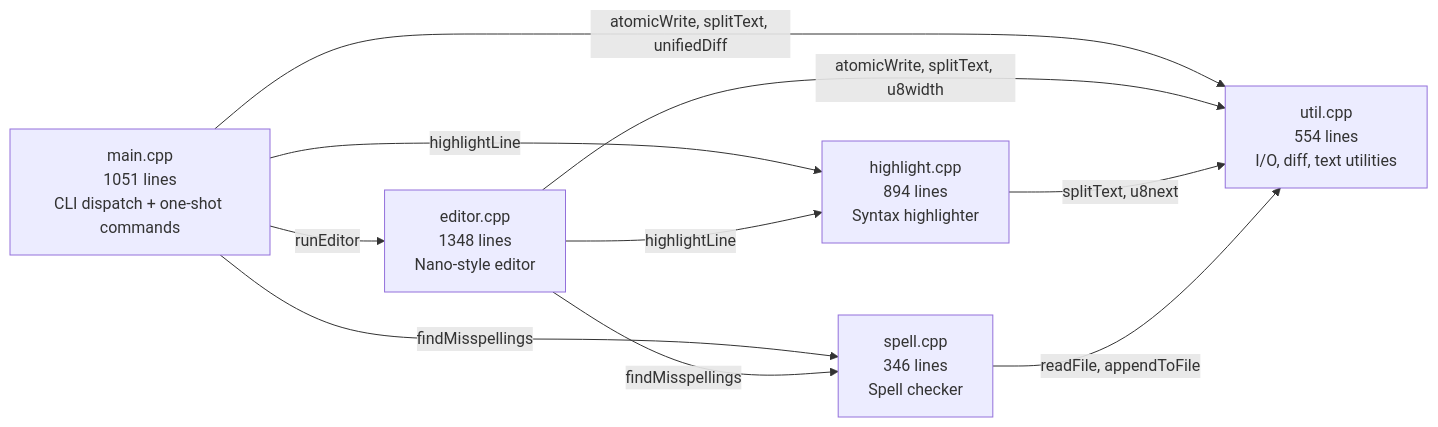
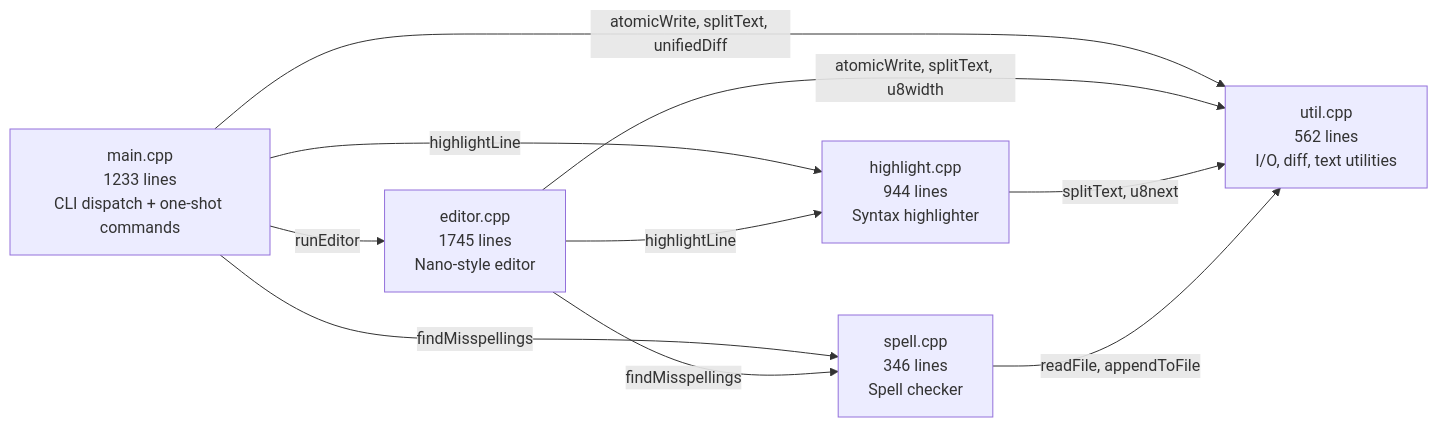
Before and after one commit to rahlquist/hed: the second of 12 diagrams in docs/ARCHITECTURE.md, drawn with Mermaid. The commit also changed other lines of this file and 4 other files, not shown here.

````diff
--- a/docs/ARCHITECTURE.md
+++ b/docs/ARCHITECTURE.md
@@ -76,20 +81,20 @@
 ```mermaid
 flowchart LR
-    main["main.cpp<br/>1051 lines<br/>CLI dispatch + one-shot commands"]
-    editor["editor.cpp<br/>1348 lines<br/>Nano-style editor"]
-    highlight["highlight.cpp<br/>894 lines<br/>Syntax highlighter"]
+    main["main.cpp<br/>1233 lines<br/>CLI dispatch + one-shot commands"]
+    editor["editor.cpp<br/>1745 lines<br/>Nano-style editor"]
+    highlight["highlight.cpp<br/>944 lines<br/>Syntax highlighter"]
     spell["spell.cpp<br/>346 lines<br/>Spell checker"]
-    util["util.cpp<br/>554 lines<br/>I/O, diff, text utilities"]
+    util["util.cpp<br/>562 lines<br/>I/O, diff, text utilities"]
 
     main -->|runEditor| editor
     main -->|highlightLine| highlight
     main -->|findMisspellings| spell
     main -->|atomicWrite, splitText, unifiedDiff| util
 
     editor -->|highlightLine| highlight
     editor -->|findMisspellings| spell
     editor -->|atomicWrite, splitText, u8width| util
 
     highlight -->|splitText, u8next| util
     spell -->|readFile, appendToFile| util
 ```
````
